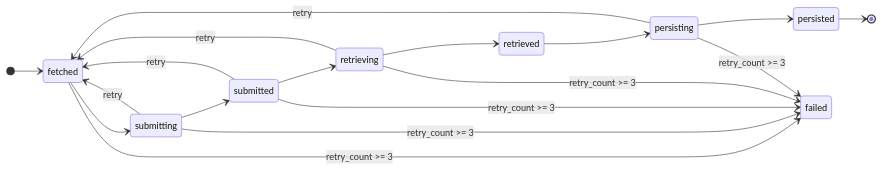
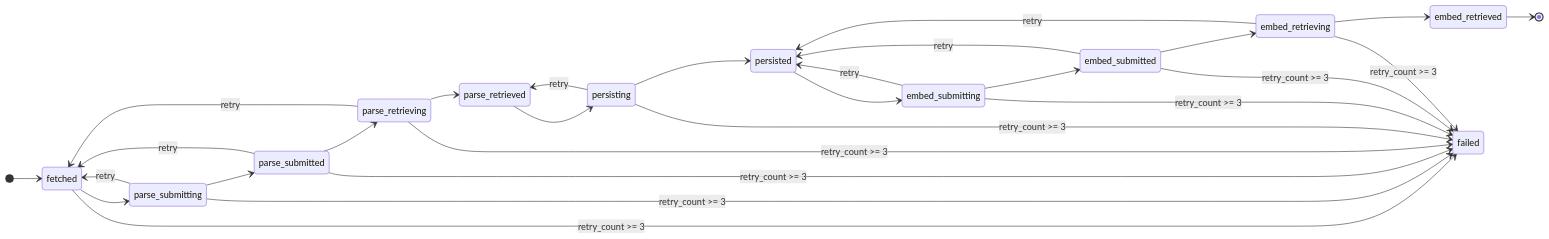
Before and after one commit to tkddnr1022/mealio: the second of 2 diagrams in docs/docs/consumer/recipe-ingestion.md, drawn with Mermaid. The commit also changed other lines of this file and 81 other files, not shown here.

````diff
--- a/docs/docs/consumer/recipe-ingestion.md
+++ b/docs/docs/consumer/recipe-ingestion.md
@@ -42,21 +29,31 @@
 ```mermaid
 stateDiagram-v2
     direction LR
     [*] --> fetched
-    fetched --> submitting
-    submitting --> submitted
-    submitted --> retrieving
-    retrieving --> retrieved
-    retrieved --> persisting
+    fetched --> parse_submitting
+    parse_submitting --> parse_submitted
+    parse_submitted --> parse_retrieving
+    parse_retrieving --> parse_retrieved
+    parse_retrieved --> persisting
     persisting --> persisted
-    persisted --> [*]
-    submitting --> fetched: retry
-    submitted --> fetched: retry
-    retrieving --> fetched: retry
-    persisting --> fetched: retry
+    persisted --> embed_submitting
+    embed_submitting --> embed_submitted
+    embed_submitted --> embed_retrieving
+    embed_retrieving --> embed_retrieved
+    embed_retrieved --> [*]
+    parse_submitting --> fetched: retry
+    parse_submitted --> fetched: retry
+    parse_retrieving --> fetched: retry
+    persisting --> parse_retrieved: retry
+    embed_submitting --> persisted: retry
+    embed_submitted --> persisted: retry
+    embed_retrieving --> persisted: retry
     fetched --> failed: retry_count >= 3
-    submitting --> failed: retry_count >= 3
-    submitted --> failed: retry_count >= 3
-    retrieving --> failed: retry_count >= 3
+    parse_submitting --> failed: retry_count >= 3
+    parse_submitted --> failed: retry_count >= 3
+    parse_retrieving --> failed: retry_count >= 3
     persisting --> failed: retry_count >= 3
+    embed_submitting --> failed: retry_count >= 3
+    embed_submitted --> failed: retry_count >= 3
+    embed_retrieving --> failed: retry_count >= 3
 ```
````
